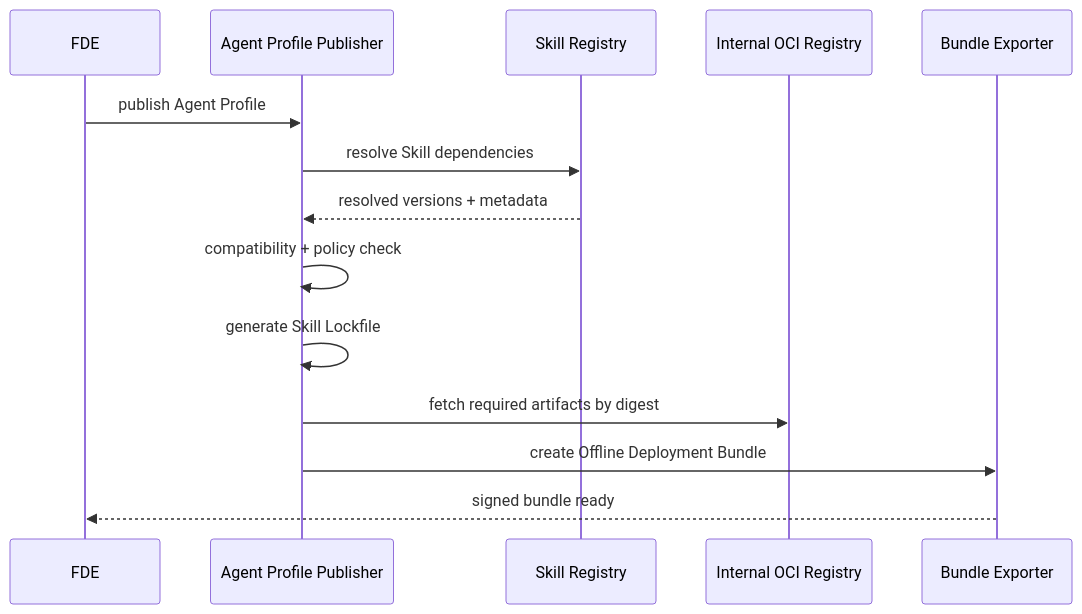
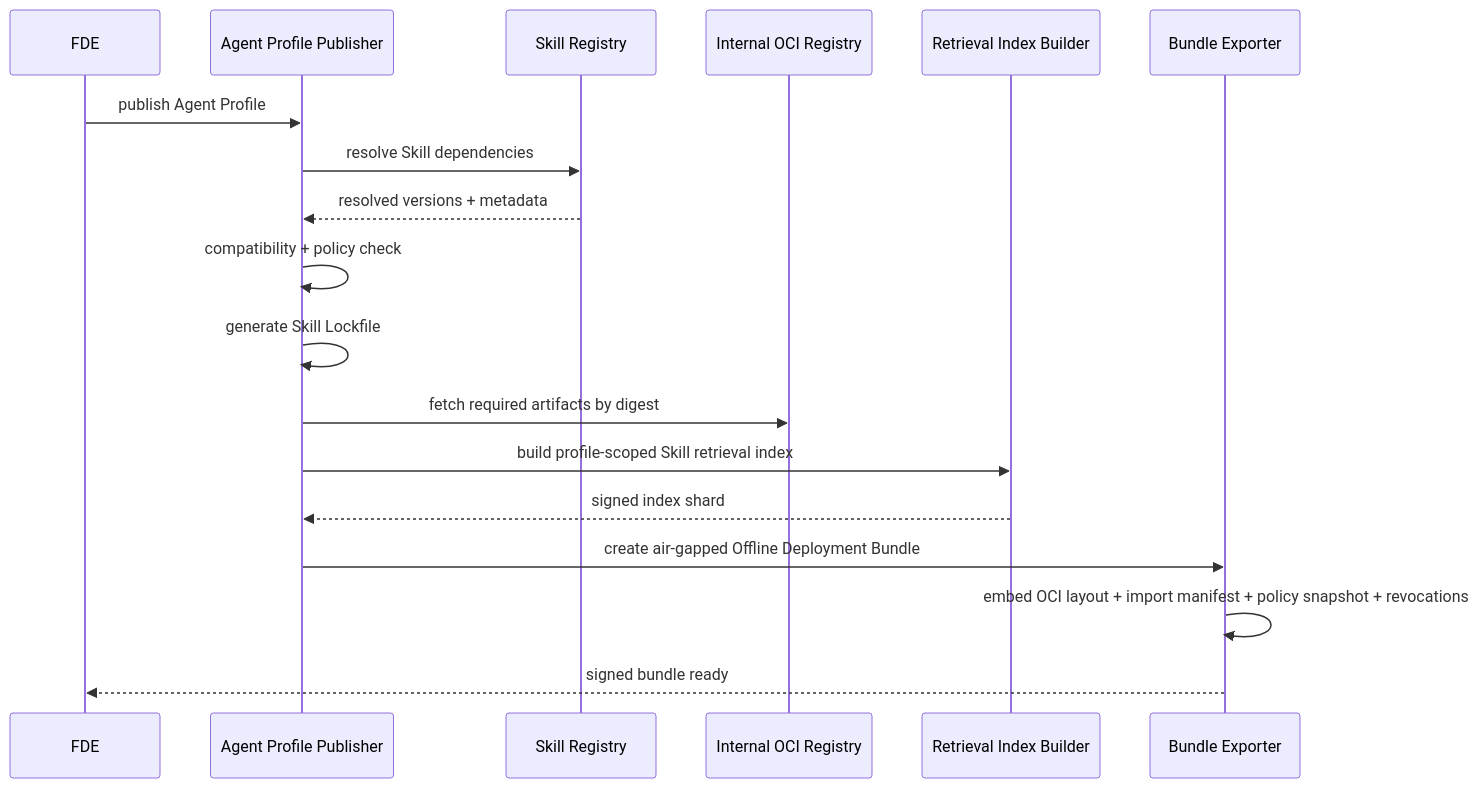
Before and after one commit to XmchxUp/agent_skill_registry: the seventh of 9 diagrams in docs/agent-skill-registry-design.md, drawn with Mermaid. The commit also changed other lines of this file and 5 other files, not shown here.

````diff
--- a/docs/agent-skill-registry-design.md
+++ b/docs/agent-skill-registry-design.md
@@ -823,17 +1048,21 @@
 ```mermaid
 sequenceDiagram
   participant FDE
   participant AP as Agent Profile Publisher
   participant REG as Skill Registry
   participant OCI as Internal OCI Registry
+  participant IDX as Retrieval Index Builder
   participant BE as Bundle Exporter
 
   FDE->>AP: publish Agent Profile
   AP->>REG: resolve Skill dependencies
   REG-->>AP: resolved versions + metadata
   AP->>AP: compatibility + policy check
   AP->>AP: generate Skill Lockfile
   AP->>OCI: fetch required artifacts by digest
-  AP->>BE: create Offline Deployment Bundle
+  AP->>IDX: build profile-scoped Skill retrieval index
+  IDX-->>AP: signed index shard
+  AP->>BE: create air-gapped Offline Deployment Bundle
+  BE->>BE: embed OCI layout + import manifest + policy snapshot + revocations
   BE-->>FDE: signed bundle ready
 ```
````
